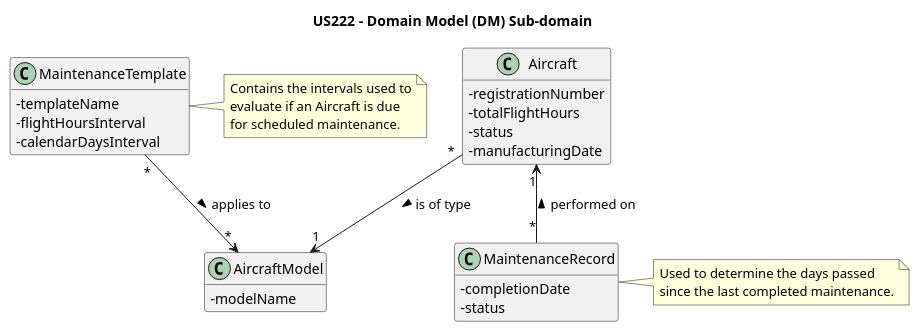
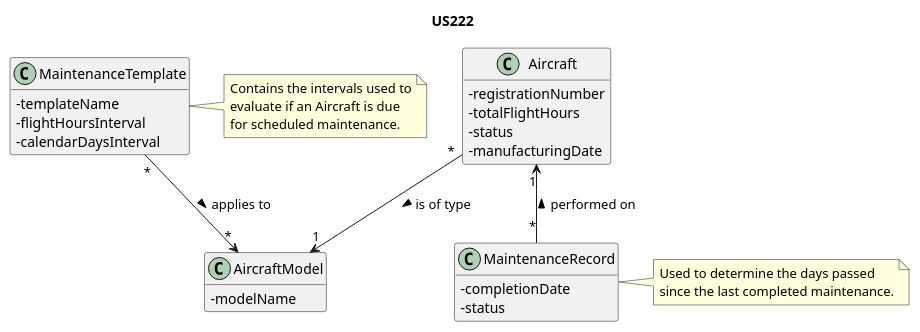
One commit to anamartasilvaa/PSOFT_AISafe_Flight changed the diagram in docs/WP#4B- Enhanced Maintenance Management/US222/US222 - DM.puml. Above: the diagram before and after it, drawn with PlantUML. The commit also changed 12 other files, not shown here.

```diff
--- a/docs/WP#4B- Enhanced Maintenance Management/US222/US222 - DM.puml
+++ b/docs/WP#4B- Enhanced Maintenance Management/US222/US222 - DM.puml
@@ -1,44 +1,43 @@
 @startuml
 hide empty members
 skinparam classAttributeIconSize 0
 
-title US222 - Domain Model (DM) Sub-domain
-
+title US222
 class Aircraft {
     - registrationNumber
     - totalFlightHours
     - status
     - manufacturingDate
 }
 
 class AircraftModel {
     - modelName
 }
 
 class MaintenanceTemplate {
     - templateName
     - flightHoursInterval
     - calendarDaysInterval
 }
 
 class MaintenanceRecord {
     - completionDate
     - status
 }
 
 Aircraft "*" --> "1" AircraftModel : is of type >
 MaintenanceTemplate "*" --> "*" AircraftModel : applies to >
 Aircraft "1" <-- "*" MaintenanceRecord : performed on <
 
 note right of MaintenanceTemplate
   Contains the intervals used to
   evaluate if an Aircraft is due
   for scheduled maintenance.
 end note
 
 note right of MaintenanceRecord
   Used to determine the days passed
   since the last completed maintenance.
 end note
 
 @enduml
```
